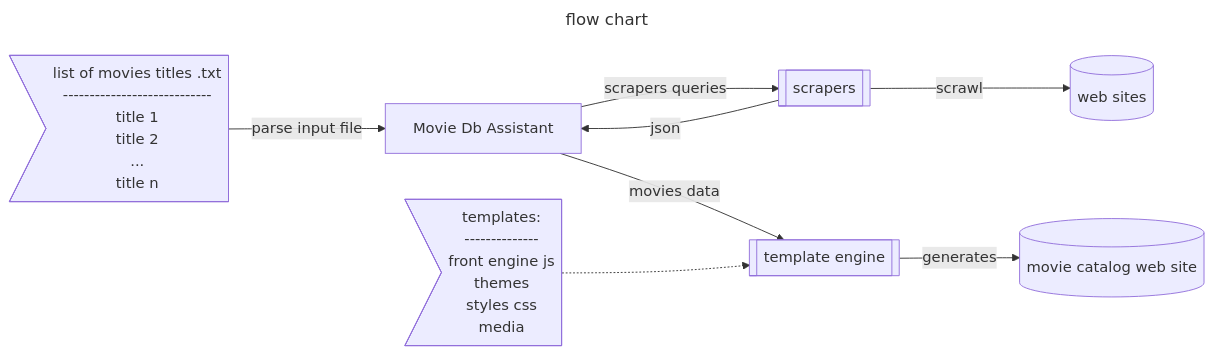
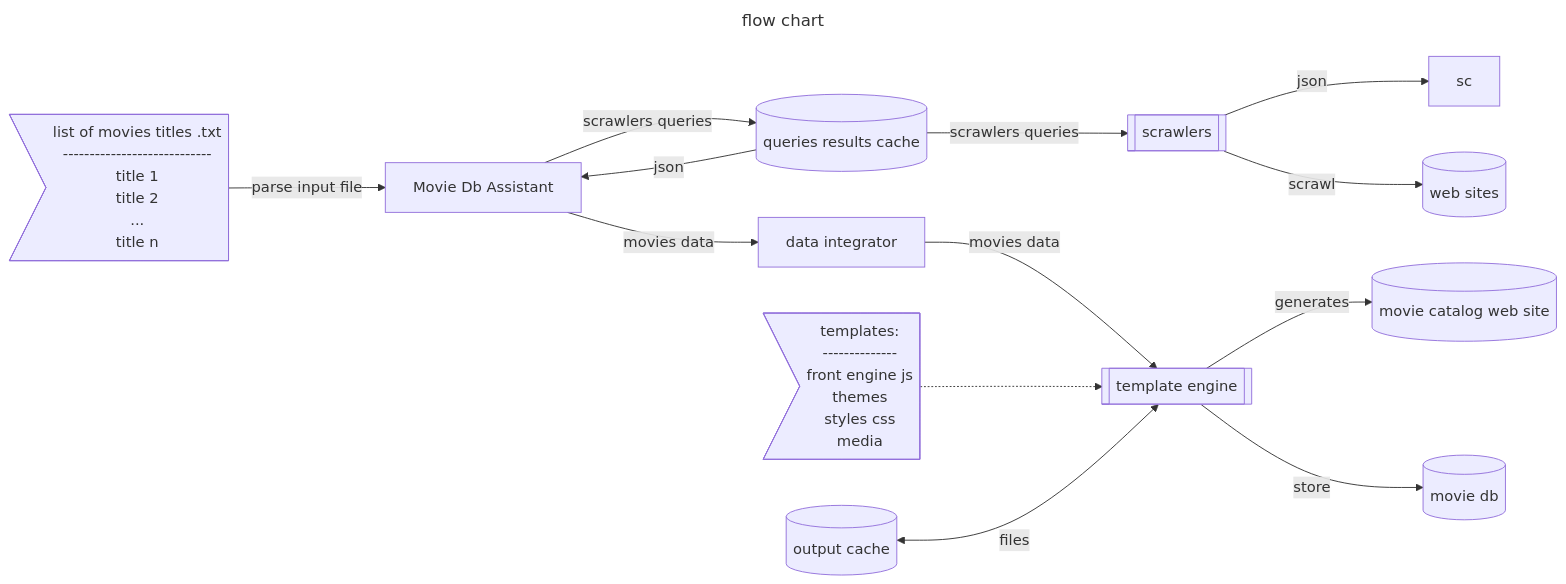
One commit to franck-gaspoz/MovieDbAssistant changed the diagram in README.md. Above: the diagram before and after it, drawn with Mermaid.

````diff
--- a/README.md
+++ b/README.md
@@ -18,25 +18,38 @@
 ```mermaid
 ---
 title: flow chart
 ---
     flowchart LR
 
     txt>list of movies titles .txt<br>----------------------------<br>title 1<br>title 2<br>...<br>title n<br>]
     mdba[Movie Db Assistant]
-    scrapers[[scrapers]]
+    scrawlers[[scrawlers]]
     websites[(web sites)]
     tple[[template engine]]
     tpls>templates:<br>--------------<br>front engine js<br>themes<br>styles css<br>media]
     mvc[(movie catalog web site)]
+    qrc[(queries results cache)]
+    dit[data integrator]
+    oc[(output cache)]
+    mdb[(movie db)]
 
     txt-- parse input file -->mdba
 
-    mdba-- scrapers queries -->scrapers
-    mdba-- movies data -->tple
+    mdba-- scrawlers queries -->qrc
+    mdba-- movies data -->dit
 
-    scrapers-- json -->mdba
-    scrapers-- scrawl -->websites 
+    dit-- movies data -->tple
+    
+    qrc-- json -->mdba
+    qrc-- scrawlers queries -->scrawlers
+
+    scrawlers-- json -->sc
+    scrawlers-- scrawl -->websites 
 
     tpls-.->tple
+
     tple-- generates -->mvc 
+    tple-- store -->mdb 
+    
+    oc<-- files -->tple
 ```
````
